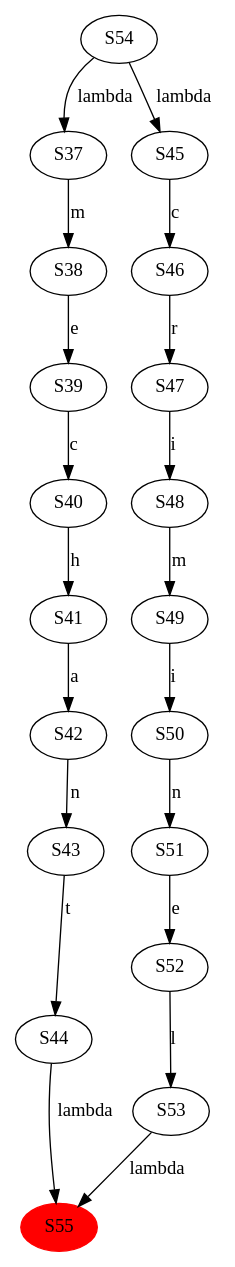
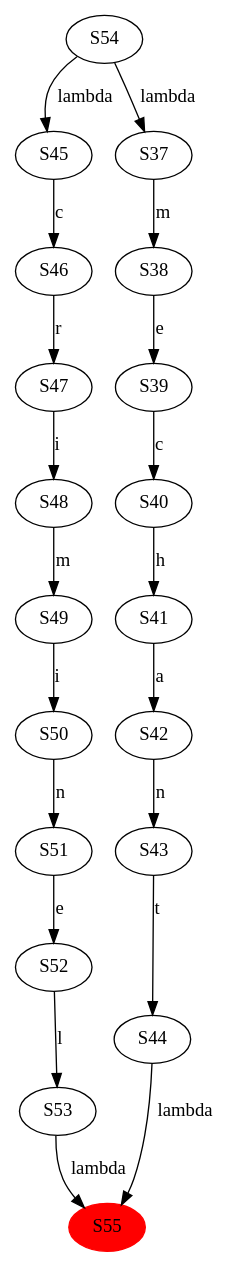
Before and after one commit to Adpa18/RushHell: the diagram in purgatory/etape6/union2.dot, drawn with Graphviz. The commit also changed other lines of this file and 21 other files, not shown here.

```diff
--- a/purgatory/etape6/union2.dot
+++ b/purgatory/etape6/union2.dot
@@ -1,22 +1,22 @@
 digraph fsa {
+  S54 -> S45 [label="lambda"];
   S54 -> S37 [label="lambda"];
-  S54 -> S45 [label="lambda"];
   S55 [style="filled" color="red"]
   S37 -> S38 [label="m"];
   S38 -> S39 [label="e"];
   S39 -> S40 [label="c"];
   S40 -> S41 [label="h"];
   S41 -> S42 [label="a"];
   S42 -> S43 [label="n"];
   S43 -> S44 [label="t"];
   S44 -> S55 [label="lambda"];
   S45 -> S46 [label="c"];
   S46 -> S47 [label="r"];
   S47 -> S48 [label="i"];
   S48 -> S49 [label="m"];
   S49 -> S50 [label="i"];
   S50 -> S51 [label="n"];
   S51 -> S52 [label="e"];
   S52 -> S53 [label="l"];
   S53 -> S55 [label="lambda"];
 }
```
